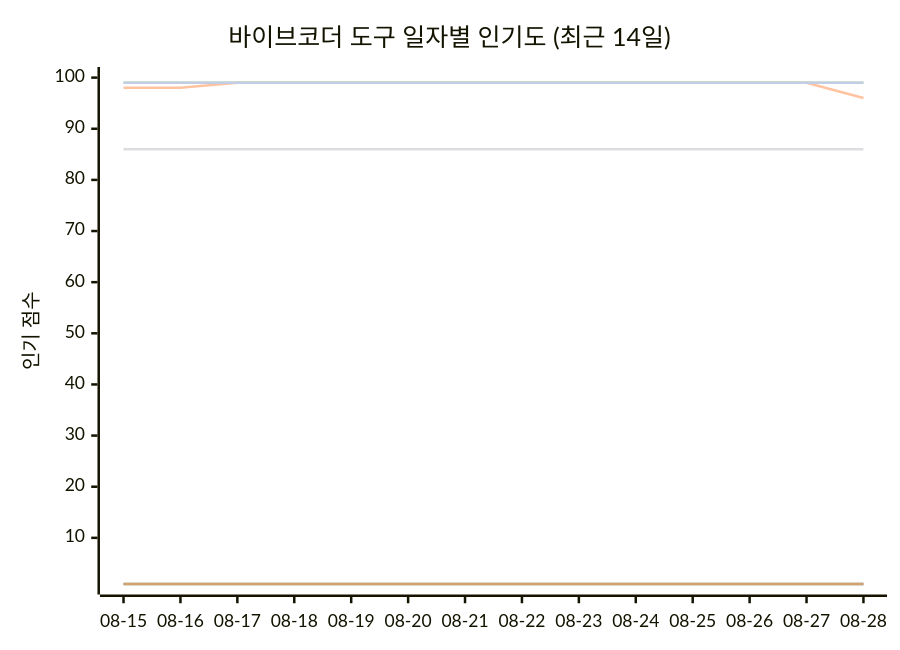
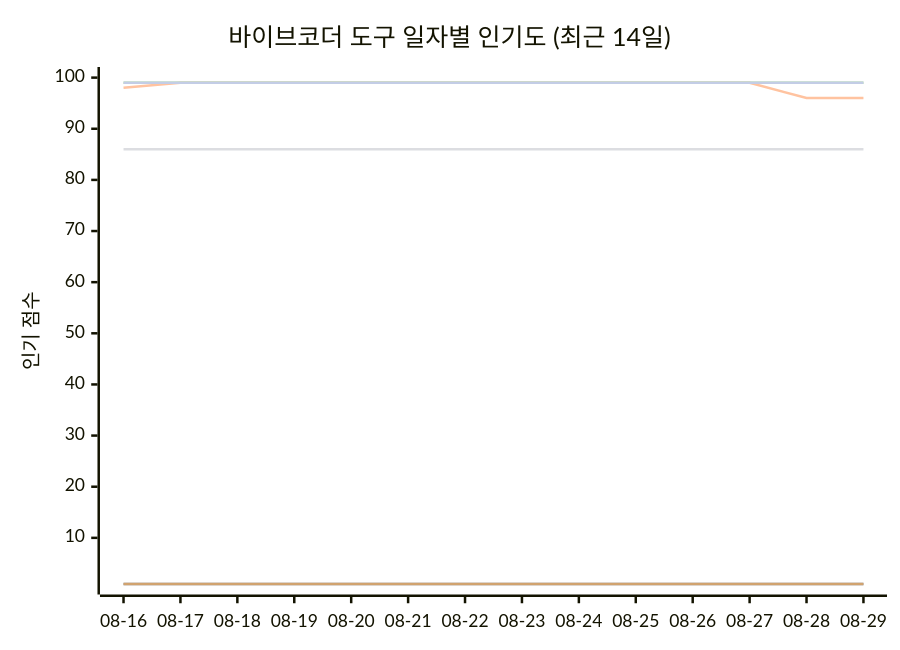
One commit to tykimos/ai-whatchelin changed the seventh of 11 diagrams in README_ko.md. Above: the diagram before and after it, drawn with Mermaid. The commit also changed other lines of this file and 4 other files, not shown here.

````diff
--- a/README_ko.md
+++ b/README_ko.md
@@ -2319,13 +2319,13 @@
 ```mermaid
 xychart-beta
     title "바이브코더 도구 일자별 인기도 (최근 14일)"
-    x-axis ["08-15", "08-16", "08-17", "08-18", "08-19", "08-20", "08-21", "08-22", "08-23", "08-24", "08-25", "08-26", "08-27", "08-28"]
+    x-axis ["08-16", "08-17", "08-18", "08-19", "08-20", "08-21", "08-22", "08-23", "08-24", "08-25", "08-26", "08-27", "08-28", "08-29"]
     y-axis "인기 점수" 1 --> 100
     line "Claude Code" [99, 99, 99, 99, 99, 99, 99, 99, 99, 99, 99, 99, 99, 99]
     line "GH Copilot" [1, 1, 1, 1, 1, 1, 1, 1, 1, 1, 1, 1, 1, 1]
-    line "Cursor" [98, 98, 99, 99, 99, 99, 99, 99, 99, 99, 99, 99, 99, 96]
+    line "Cursor" [98, 99, 99, 99, 99, 99, 99, 99, 99, 99, 99, 99, 96, 96]
     line "Windsurf" [86, 86, 86, 86, 86, 86, 86, 86, 86, 86, 86, 86, 86, 86]
     line "Codex CLI" [99, 99, 99, 99, 99, 99, 99, 99, 99, 99, 99, 99, 99, 99]
     line "Gemini CLI" [1, 1, 1, 1, 1, 1, 1, 1, 1, 1, 1, 1, 1, 1]
     line "Antigravity" [99, 99, 99, 99, 99, 99, 99, 99, 99, 99, 99, 99, 99, 99]
 ```
````
